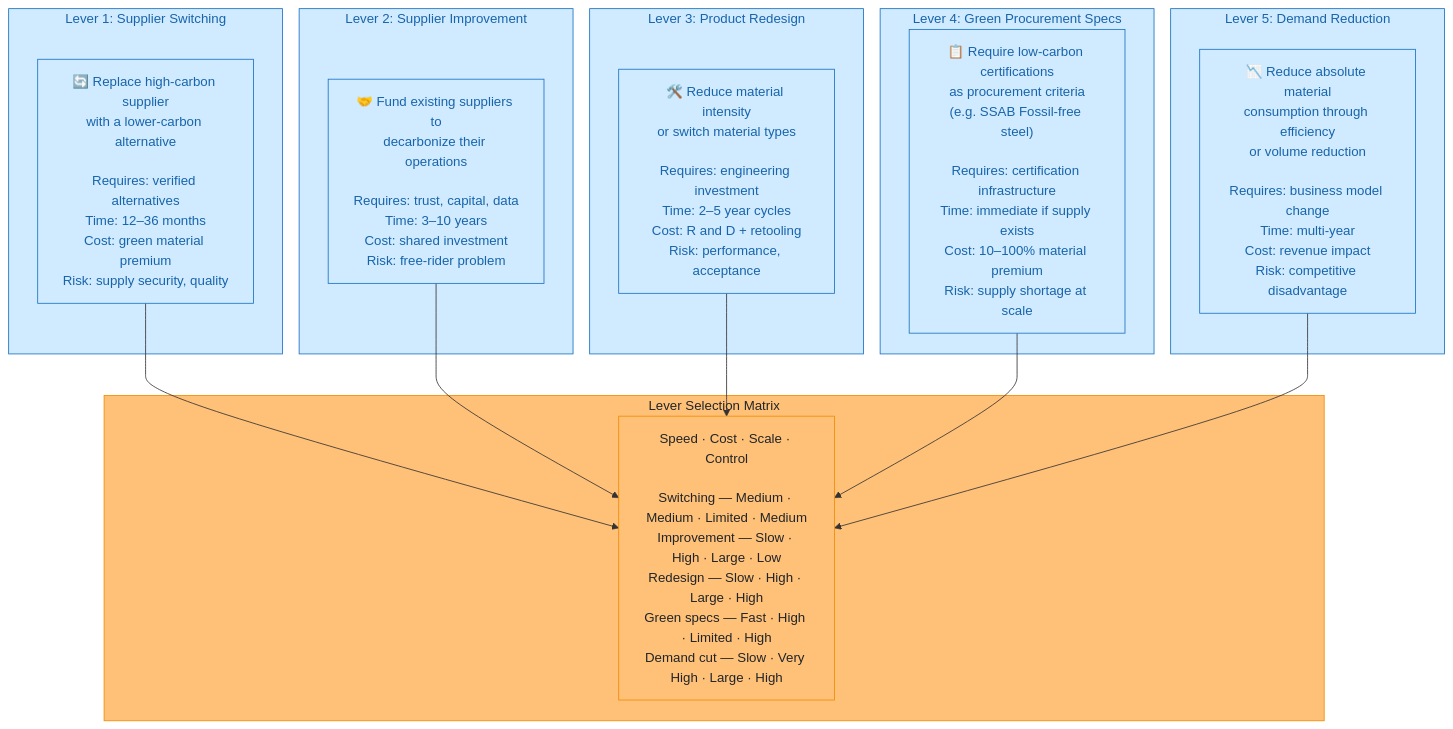
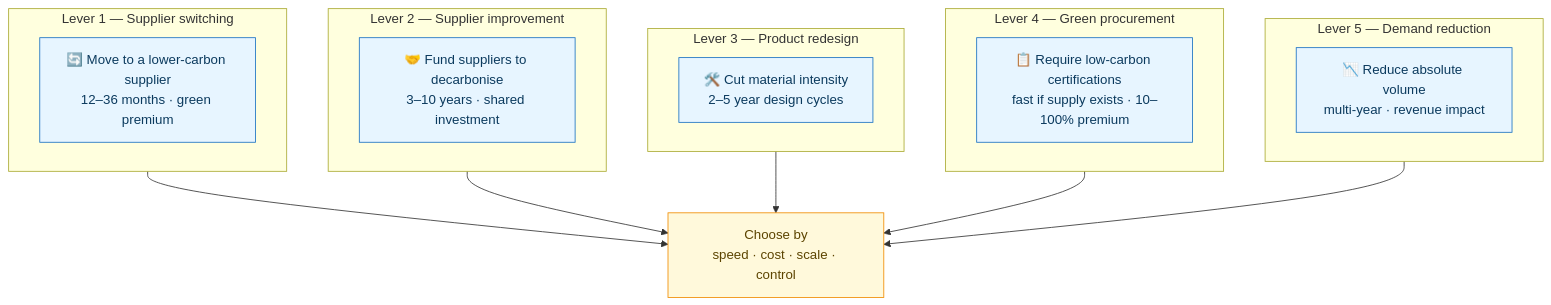
The second of 9 diagrams in docs/04_abatement_challenges.md (co3org/Scope3-Challenge), drawn with Mermaid before and after one commit. The commit also changed other lines of this file and 11 other files, not shown here.

First line of the commit message:
Soft diagram palette and trim text-wall node labels

````diff
--- a/docs/04_abatement_challenges.md
+++ b/docs/04_abatement_challenges.md
@@ -72,38 +72,32 @@
 ```mermaid
 flowchart TD
-    classDef info fill:#d0ebff,stroke:#1971c2,color:#1864ab;
-    classDef warn fill:#ffc078,stroke:#f08c00,color:#212529;
+    classDef info fill:#e7f5ff,stroke:#1971c2,color:#0b3a5e;
+    classDef warn fill:#fff9db,stroke:#f08c00,color:#5c4400;
 
-    subgraph L1["Lever 1: Supplier Switching"]
-        LS1["🔄 Replace high-carbon supplier\nwith a lower-carbon alternative\n\nRequires: verified alternatives\nTime: 12–36 months\nCost: green material premium\nRisk: supply security, quality"]
+    subgraph L1["Lever 1 — Supplier switching"]
+        LS1["🔄 Move to a lower-carbon supplier<br/>12–36 months · green premium"]
+    end
+    subgraph L2["Lever 2 — Supplier improvement"]
+        LS2["🤝 Fund suppliers to decarbonise<br/>3–10 years · shared investment"]
+    end
+    subgraph L3["Lever 3 — Product redesign"]
+        LS3["🛠️ Cut material intensity<br/>2–5 year design cycles"]
+    end
+    subgraph L4["Lever 4 — Green procurement"]
+        LS4["📋 Require low-carbon certifications<br/>fast if supply exists · 10–100% premium"]
+    end
+    subgraph L5["Lever 5 — Demand reduction"]
+        LS5["📉 Reduce absolute volume<br/>multi-year · revenue impact"]
     end
 
-    subgraph L2["Lever 2: Supplier Improvement"]
-        LS2["🤝 Fund existing suppliers to\ndecarbonize their operations\n\nRequires: trust, capital, data\nTime: 3–10 years\nCost: shared investment\nRisk: free-rider problem"]
-    end
+    Choice["Choose by<br/>speed · cost · scale · control"]
 
-    subgraph L3["Lever 3: Product Redesign"]
-        LS3["🛠️ Reduce material intensity\nor switch material types\n\nRequires: engineering investment\nTime: 2–5 year cycles\nCost: R and D + retooling\nRisk: performance, acceptance"]
-    end
+    L1 --> Choice
+    L2 --> Choice
+    L3 --> Choice
+    L4 --> Choice
+    L5 --> Choice
 
-    subgraph L4["Lever 4: Green Procurement Specs"]
-        LS4["📋 Require low-carbon certifications\nas procurement criteria\n(e.g. SSAB Fossil-free steel)\n\nRequires: certification infrastructure\nTime: immediate if supply exists\nCost: 10–100% material premium\nRisk: supply shortage at scale"]
-    end
-
-    subgraph L5["Lever 5: Demand Reduction"]
-        LS5["📉 Reduce absolute material\nconsumption through efficiency\nor volume reduction\n\nRequires: business model change\nTime: multi-year\nCost: revenue impact\nRisk: competitive disadvantage"]
-    end
-
-    subgraph Matrix["Lever Selection Matrix"]
-        M["Speed · Cost · Scale · Control\n\nSwitching — Medium · Medium · Limited · Medium\nImprovement — Slow · High · Large · Low\nRedesign — Slow · High · Large · High\nGreen specs — Fast · High · Limited · High\nDemand cut — Slow · Very High · Large · High"]
-    end
-
-    LS1 --> M
-    LS2 --> M
-    LS3 --> M
-    LS4 --> M
-    LS5 --> M
-
-    class L1,L2,L3,L4,L5,LS1,LS2,LS3,LS4,LS5 info;
-    class Matrix,M warn;
+    class LS1,LS2,LS3,LS4,LS5 info;
+    class Choice warn;
 ```
````
